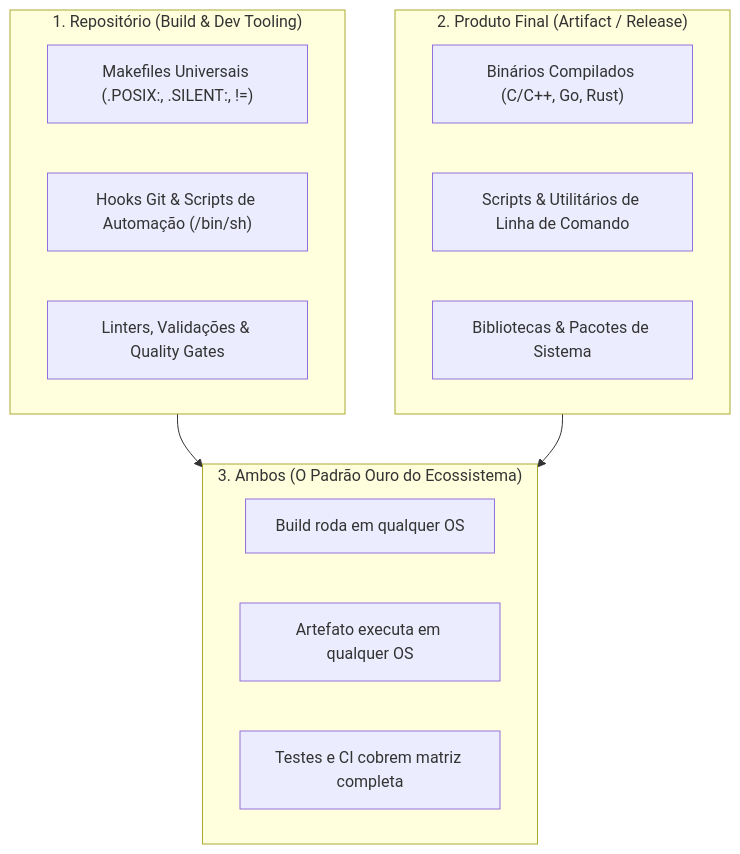
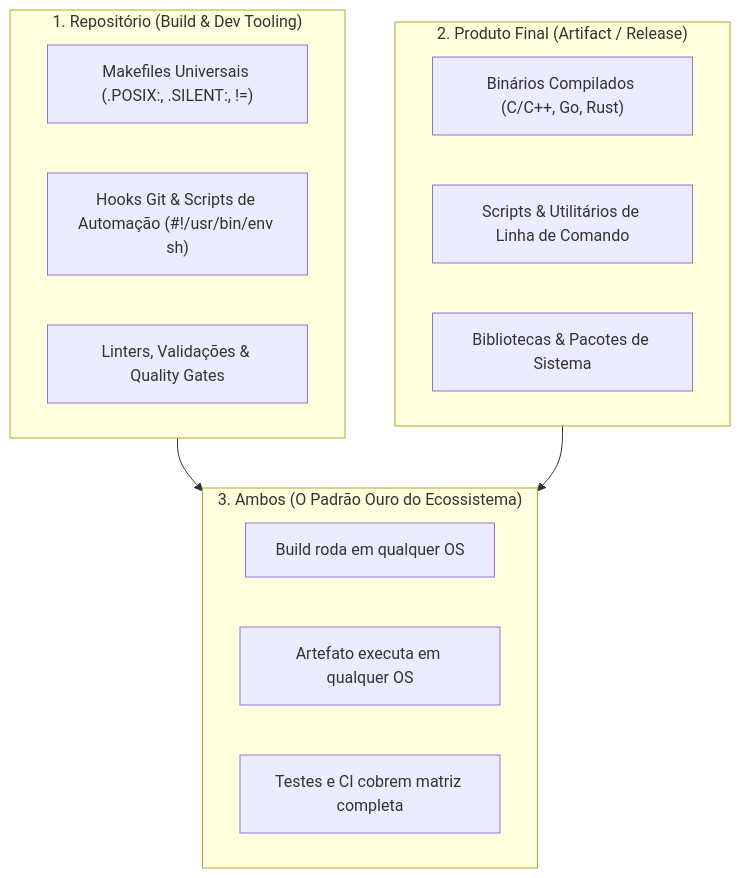
Before and after one commit to GabrielFrigo4/profile: the diagram in skills/system-crossplatforms/SKILL.md, drawn with Mermaid. The commit also changed other lines of this file and 1 other file, not shown here.

````diff
--- a/skills/system-crossplatforms/SKILL.md
+++ b/skills/system-crossplatforms/SKILL.md
@@ -16,23 +16,23 @@
 ```mermaid
 flowchart TD
     subgraph Repositorio ["1. Repositório (Build & Dev Tooling)"]
         R1["Makefiles Universais (.POSIX:, .SILENT:, !=)"]
-        R2["Hooks Git & Scripts de Automação (/bin/sh)"]
+        R2["Hooks Git & Scripts de Automação (#!/usr/bin/env sh)"]
         R3["Linters, Validações & Quality Gates"]
     end
 
     subgraph Produto ["2. Produto Final (Artifact / Release)"]
         P1["Binários Compilados (C/C++, Go, Rust)"]
         P2["Scripts & Utilitários de Linha de Comando"]
         P3["Bibliotecas & Pacotes de Sistema"]
     end
 
     subgraph Dual ["3. Ambos (O Padrão Ouro do Ecossistema)"]
         D1["Build roda em qualquer OS"]
         D2["Artefato executa em qualquer OS"]
         D3["Testes e CI cobrem matriz completa"]
     end
 
     Repositorio --> Dual
     Produto --> Dual
 ```
````
